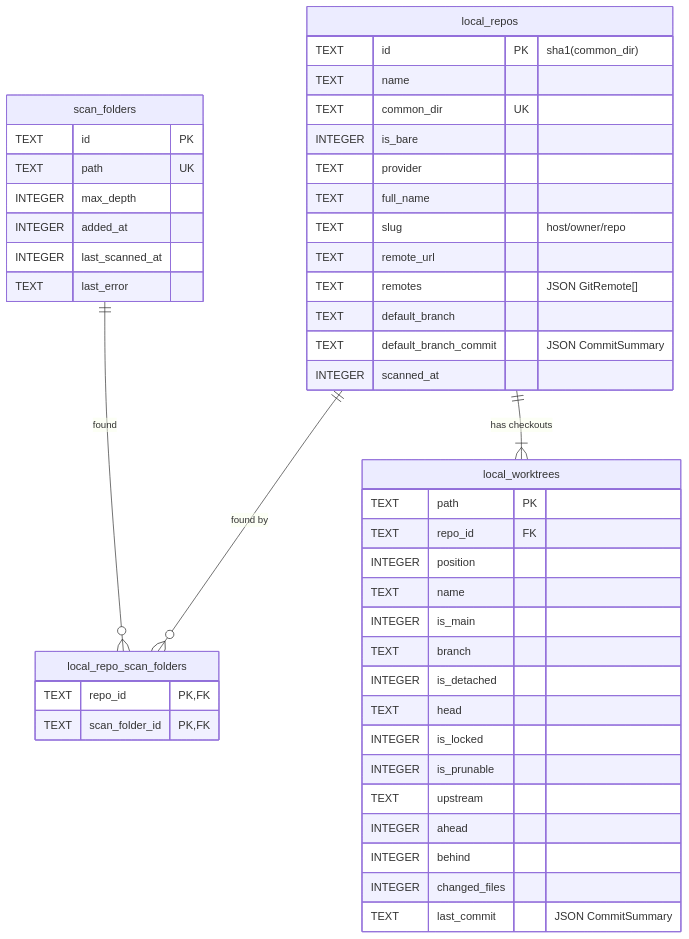
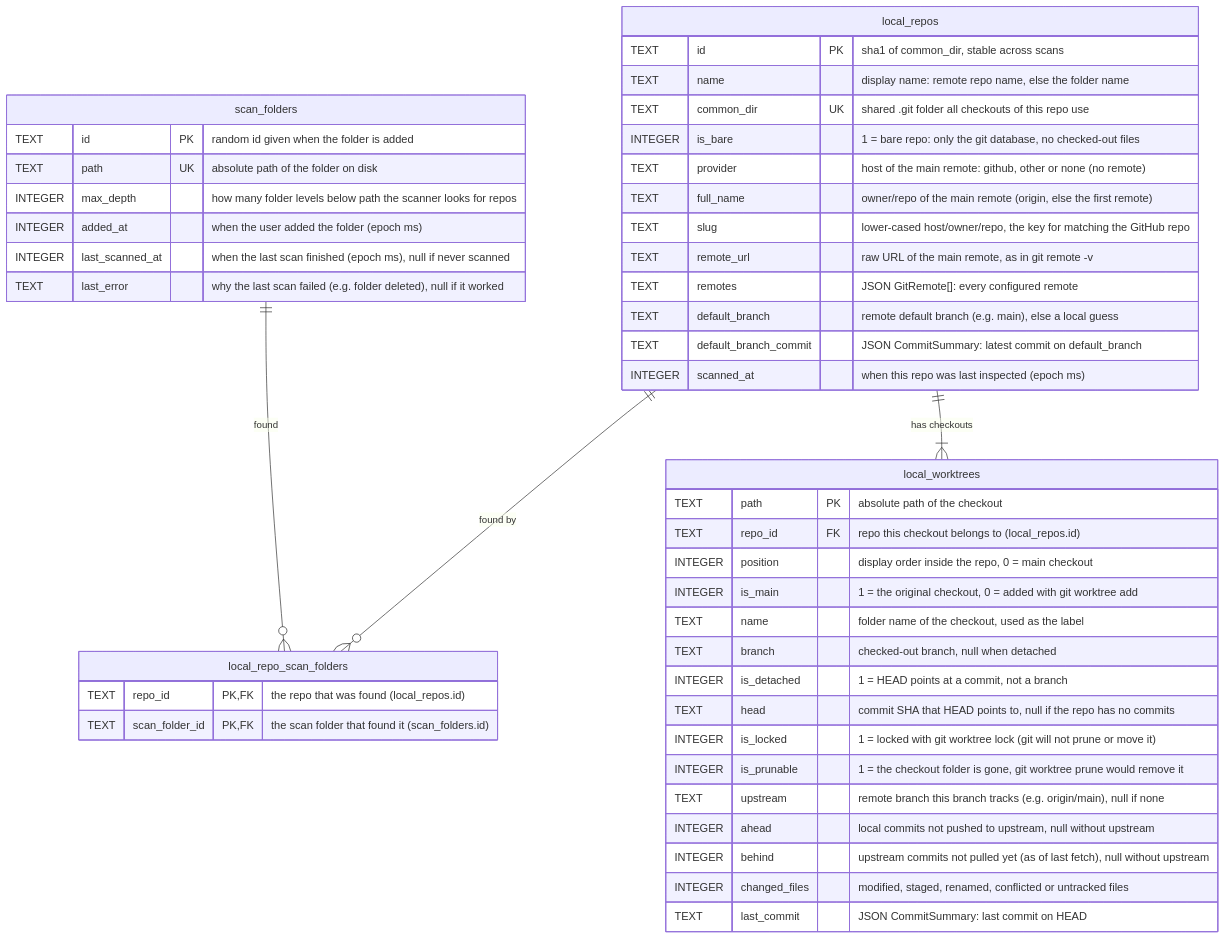
Before and after one commit to idotalmor/the-garage-desktop-rn: the first of 2 diagrams in src/main/local-repos/db/tables/README.md, drawn with Mermaid. The commit also changed other lines of this file and 2 other files, not shown here.

Commit message:
Comment every column in the local-repos ER diagram

````diff
--- a/src/main/local-repos/db/tables/README.md
+++ b/src/main/local-repos/db/tables/README.md
@@ -23,50 +23,50 @@
 ```mermaid
 erDiagram
   scan_folders ||--o{ local_repo_scan_folders : "found"
   local_repos ||--o{ local_repo_scan_folders : "found by"
   local_repos ||--|{ local_worktrees : "has checkouts"
 
   scan_folders {
-    TEXT id PK
-    TEXT path UK
-    INTEGER max_depth
-    INTEGER added_at
-    INTEGER last_scanned_at
-    TEXT last_error
+    TEXT id PK "random id given when the folder is added"
+    TEXT path UK "absolute path of the folder on disk"
+    INTEGER max_depth "how many folder levels below path the scanner looks for repos"
+    INTEGER added_at "when the user added the folder (epoch ms)"
+    INTEGER last_scanned_at "when the last scan finished (epoch ms), null if never scanned"
+    TEXT last_error "why the last scan failed (e.g. folder deleted), null if it worked"
   }
   local_repos {
-    TEXT id PK "sha1(common_dir)"
-    TEXT name
-    TEXT common_dir UK
-    INTEGER is_bare
-    TEXT provider
-    TEXT full_name
-    TEXT slug "host/owner/repo"
-    TEXT remote_url
-    TEXT remotes "JSON GitRemote[]"
-    TEXT default_branch
-    TEXT default_branch_commit "JSON CommitSummary"
-    INTEGER scanned_at
+    TEXT id PK "sha1 of common_dir, stable across scans"
+    TEXT name "display name: remote repo name, else the folder name"
+    TEXT common_dir UK "shared .git folder all checkouts of this repo use"
+    INTEGER is_bare "1 = bare repo: only the git database, no checked-out files"
+    TEXT provider "host of the main remote: github, other or none (no remote)"
+    TEXT full_name "owner/repo of the main remote (origin, else the first remote)"
+    TEXT slug "lower-cased host/owner/repo, the key for matching the GitHub repo"
+    TEXT remote_url "raw URL of the main remote, as in git remote -v"
+    TEXT remotes "JSON GitRemote[]: every configured remote"
+    TEXT default_branch "remote default branch (e.g. main), else a local guess"
+    TEXT default_branch_commit "JSON CommitSummary: latest commit on default_branch"
+    INTEGER scanned_at "when this repo was last inspected (epoch ms)"
   }
   local_repo_scan_folders {
-    TEXT repo_id PK, FK
-    TEXT scan_folder_id PK, FK
+    TEXT repo_id PK, FK "the repo that was found (local_repos.id)"
+    TEXT scan_folder_id PK, FK "the scan folder that found it (scan_folders.id)"
   }
   local_worktrees {
-    TEXT path PK
-    TEXT repo_id FK
-    INTEGER position
-    TEXT name
-    INTEGER is_main
-    TEXT branch
-    INTEGER is_detached
-    TEXT head
-    INTEGER is_locked
-    INTEGER is_prunable
-    TEXT upstream
-    INTEGER ahead
-    INTEGER behind
-    INTEGER changed_files
-    TEXT last_commit "JSON CommitSummary"
+    TEXT path PK "absolute path of the checkout"
+    TEXT repo_id FK "repo this checkout belongs to (local_repos.id)"
+    INTEGER position "display order inside the repo, 0 = main checkout"
+    INTEGER is_main "1 = the original checkout, 0 = added with git worktree add"
+    TEXT name "folder name of the checkout, used as the label"
+    TEXT branch "checked-out branch, null when detached"
+    INTEGER is_detached "1 = HEAD points at a commit, not a branch"
+    TEXT head "commit SHA that HEAD points to, null if the repo has no commits"
+    INTEGER is_locked "1 = locked with git worktree lock (git will not prune or move it)"
+    INTEGER is_prunable "1 = the checkout folder is gone, git worktree prune would remove it"
+    TEXT upstream "remote branch this branch tracks (e.g. origin/main), null if none"
+    INTEGER ahead "local commits not pushed to upstream, null without upstream"
+    INTEGER behind "upstream commits not pulled yet (as of last fetch), null without upstream"
+    INTEGER changed_files "modified, staged, renamed, conflicted or untracked files"
+    TEXT last_commit "JSON CommitSummary: last commit on HEAD"
   }
 ```
````
